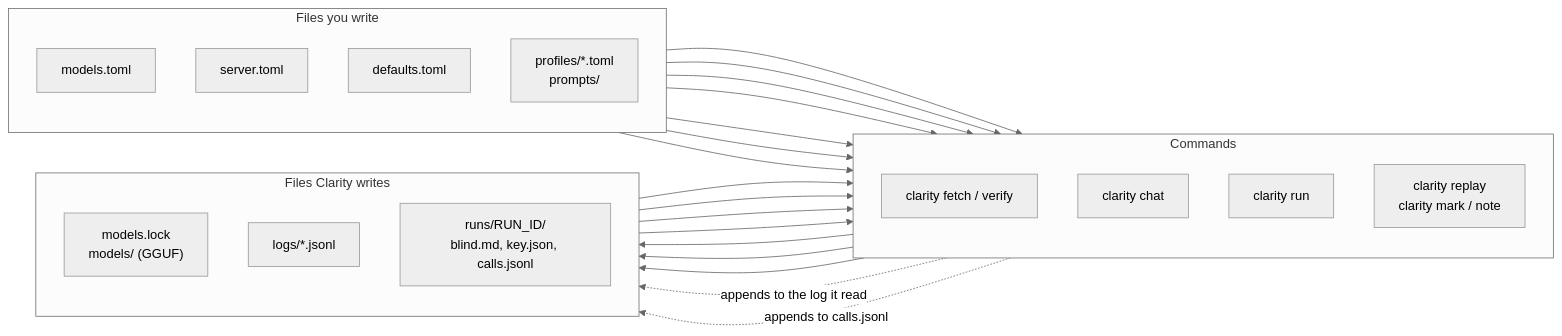
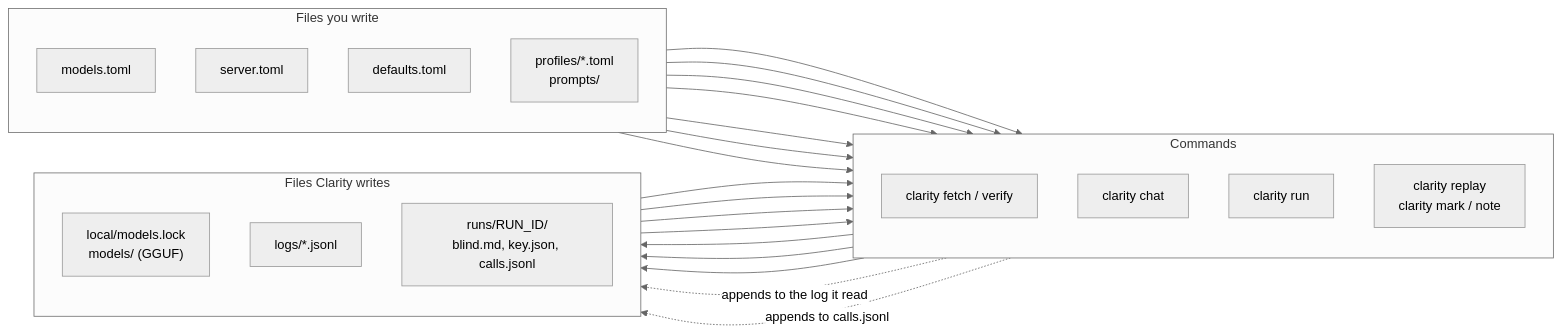
Before and after one commit to andalibmalit/clarity-chat: the diagram in docs/getting-started.md, drawn with Mermaid (neutral theme). The commit also changed other lines of this file and 4 other files, not shown here.

````diff
--- a/docs/getting-started.md
+++ b/docs/getting-started.md
@@ -263,39 +263,39 @@
 ```mermaid
 flowchart LR
     subgraph yours["Files you write"]
         direction TB
         MT["models.toml"]
         ST["server.toml"]
         DT["defaults.toml"]
         PR["profiles/*.toml<br/>prompts/"]
     end
     subgraph cmds["Commands"]
         direction TB
         F["clarity fetch / verify"]
         CH["clarity chat"]
         R["clarity run"]
         RP["clarity replay<br/>clarity mark / note"]
     end
     subgraph gen["Files Clarity writes"]
         direction TB
-        ML["models.lock<br/>models/ (GGUF)"]
+        ML["local/models.lock<br/>models/ (GGUF)"]
         LG["logs/*.jsonl"]
         RN["runs/RUN_ID/<br/>blind.md, key.json, calls.jsonl"]
     end
     MT --> F
     F --> ML
     ST --> CH
     DT --> CH
     PR --> CH
     ML --> CH
     ST --> R
     DT --> R
     PR --> R
     ML --> R
     CH --> LG
     R --> RN
     LG --> RP
     RN --> RP
     RP -. "appends to the log it read" .-> LG
     RP -. "appends to calls.jsonl" .-> RN
 ```
````
